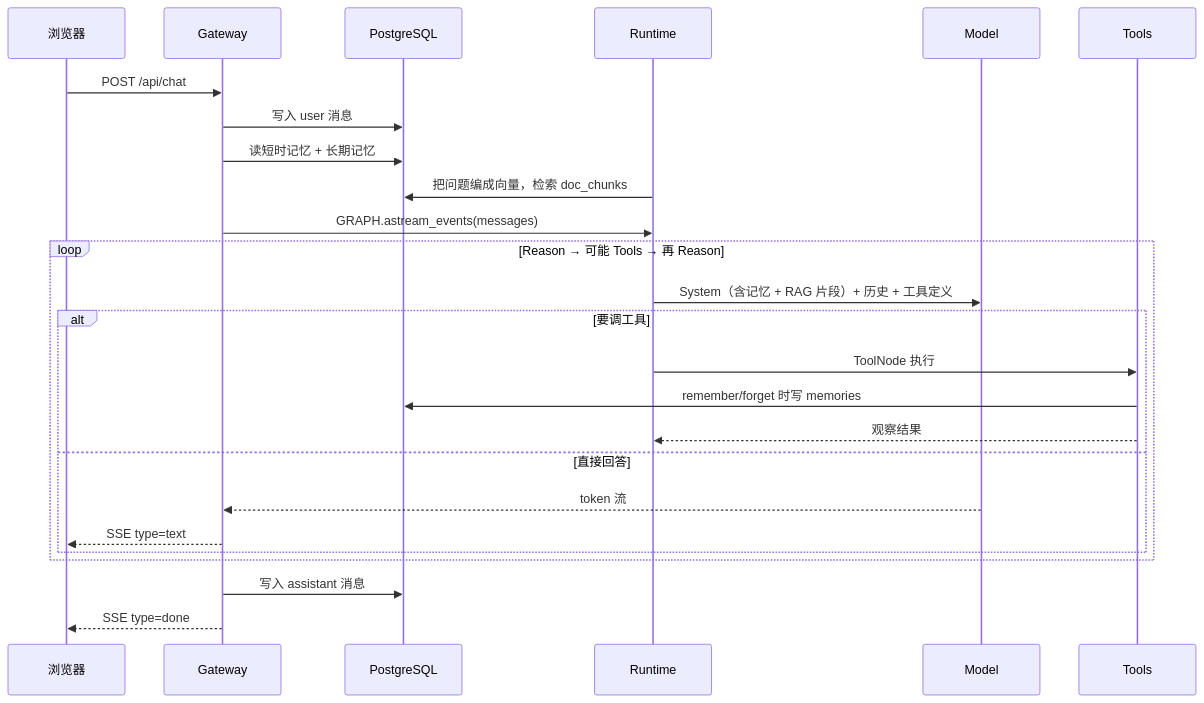
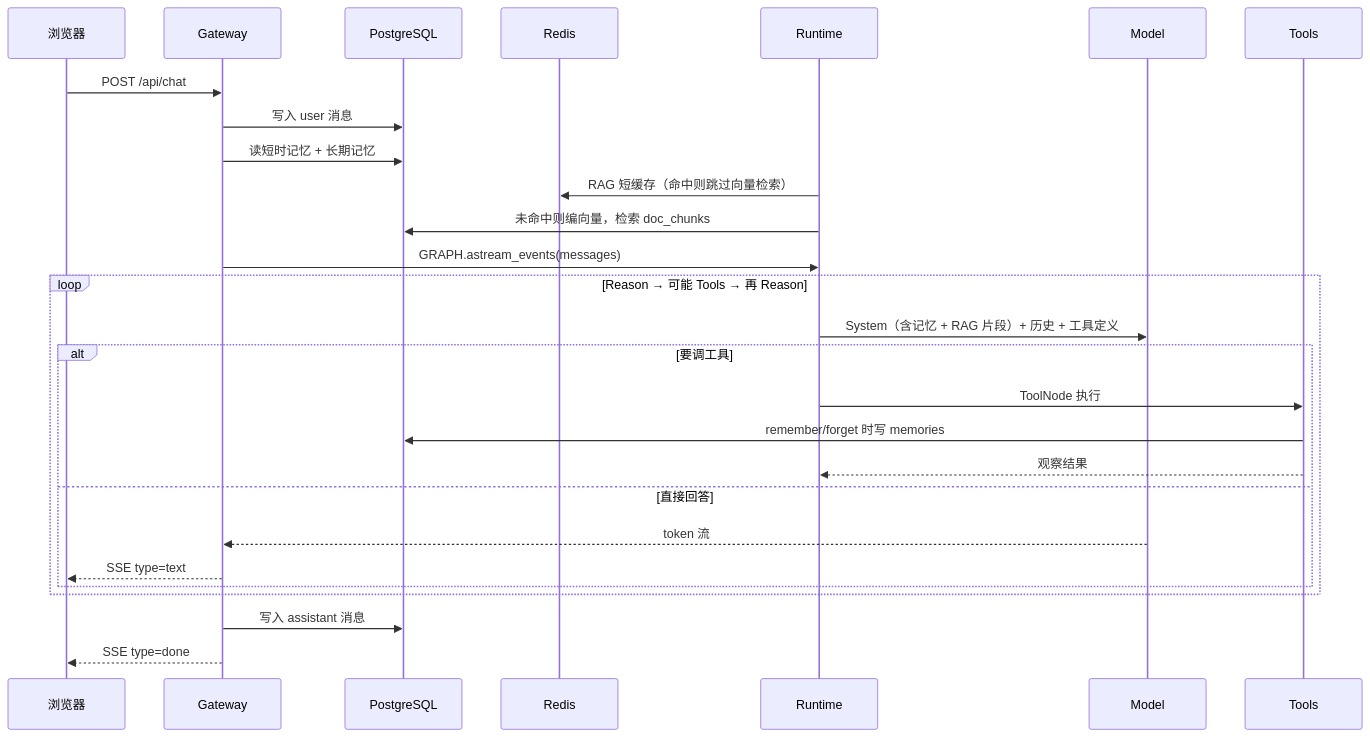
One commit to bdwallace/MyAIAgentDemo changed the first of 2 diagrams in 系统文档.md. Above: the diagram before and after it, drawn with Mermaid. The commit also changed other lines of this file and 17 other files, not shown here.

````diff
--- a/系统文档.md
+++ b/系统文档.md
@@ -14,28 +14,30 @@
 ```mermaid
 sequenceDiagram
     participant U as 浏览器
     participant G as Gateway
     participant PG as PostgreSQL
+    participant RD as Redis
     participant R as Runtime
     participant M as Model
     participant T as Tools
 
     U->>G: POST /api/chat
     G->>PG: 写入 user 消息
     G->>PG: 读短时记忆 + 长期记忆
-    R->>PG: 把问题编成向量，检索 doc_chunks
+    R->>RD: RAG 短缓存（命中则跳过向量检索）
+    R->>PG: 未命中则编向量，检索 doc_chunks
     G->>R: GRAPH.astream_events(messages)
     loop Reason → 可能 Tools → 再 Reason
         R->>M: System（含记忆 + RAG 片段）+ 历史 + 工具定义
         alt 要调工具
             R->>T: ToolNode 执行
             T->>PG: remember/forget 时写 memories
             T-->>R: 观察结果
         else 直接回答
             M-->>G: token 流
             G-->>U: SSE type=text
         end
     end
     G->>PG: 写入 assistant 消息
     G-->>U: SSE type=done
 ```
````
